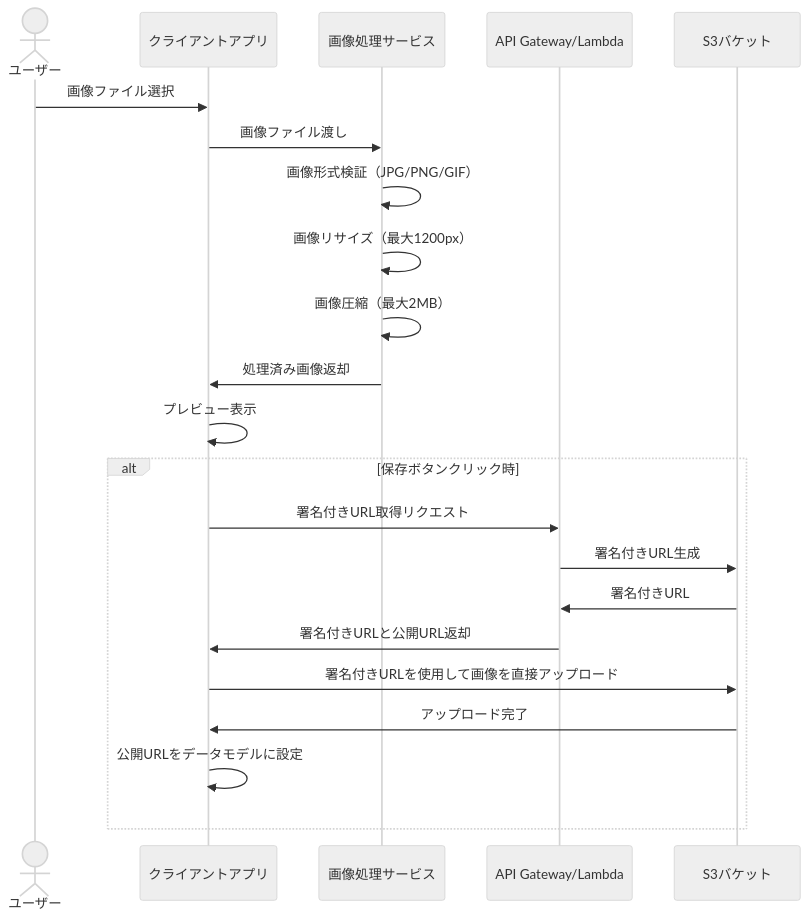
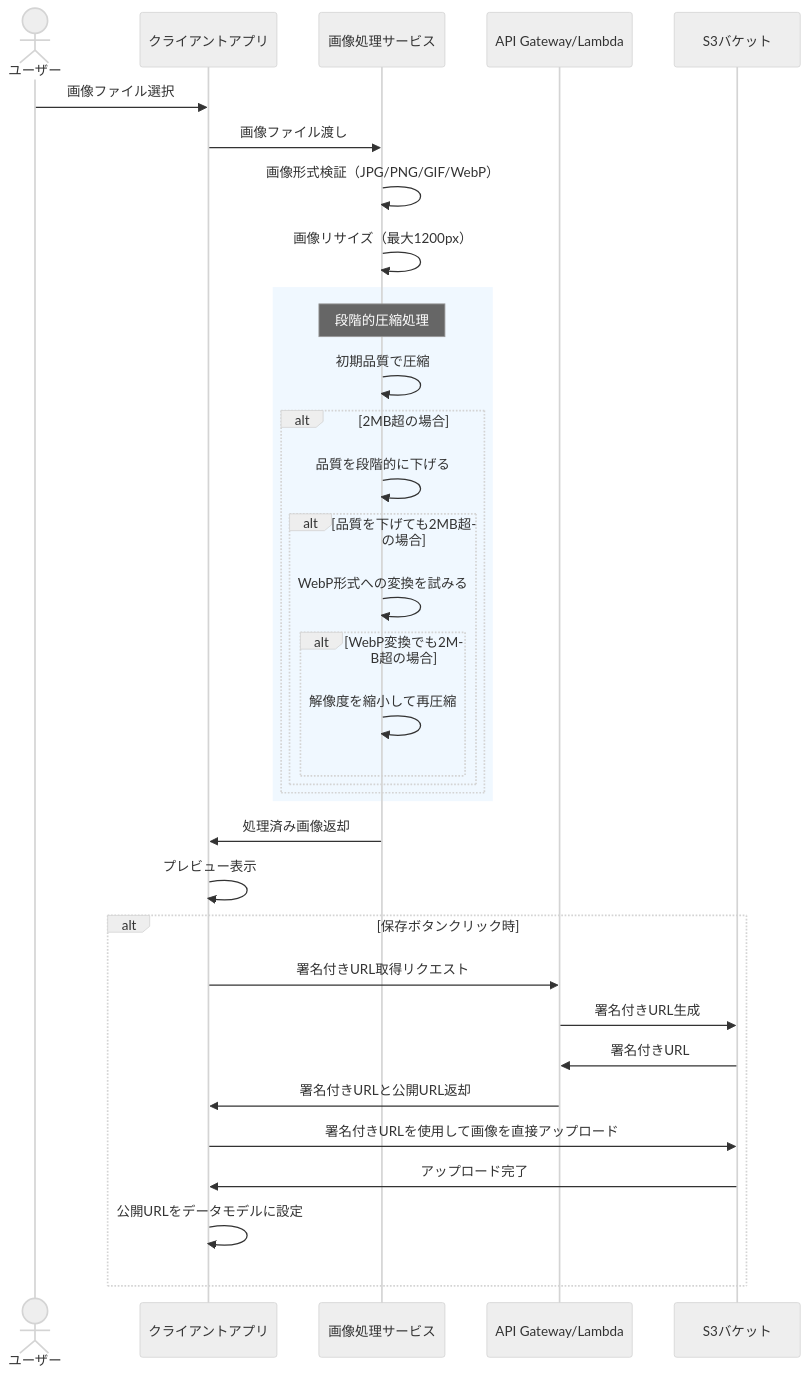
Before and after one commit to masanori-sasaki/bonsai-app: the diagram in docs/design/image-processing-flow.md, drawn with Mermaid (neutral theme). The commit also changed other lines of this file and 44 other files, not shown here.

````diff
--- a/docs/design/image-processing-flow.md
+++ b/docs/design/image-processing-flow.md
@@ -7,26 +7,43 @@
 ```mermaid
 sequenceDiagram
     actor User as ユーザー
     participant Client as クライアントアプリ
     participant ImageService as 画像処理サービス
     participant API as API Gateway/Lambda
     participant S3 as S3バケット
 
     User->>Client: 画像ファイル選択
     Client->>ImageService: 画像ファイル渡し
-    ImageService->>ImageService: 画像形式検証（JPG/PNG/GIF）
+    ImageService->>ImageService: 画像形式検証（JPG/PNG/GIF/WebP）
     ImageService->>ImageService: 画像リサイズ（最大1200px）
-    ImageService->>ImageService: 画像圧縮（最大2MB）
+    
+    rect rgb(240, 248, 255)
+        Note over ImageService: 段階的圧縮処理
+        ImageService->>ImageService: 初期品質で圧縮
+        
+        alt 2MB超の場合
+            ImageService->>ImageService: 品質を段階的に下げる
+            
+            alt 品質を下げても2MB超の場合
+                ImageService->>ImageService: WebP形式への変換を試みる
+                
+                alt WebP変換でも2MB超の場合
+                    ImageService->>ImageService: 解像度を縮小して再圧縮
+                end
+            end
+        end
+    end
+    
     ImageService->>Client: 処理済み画像返却
     Client->>Client: プレビュー表示
     
     alt 保存ボタンクリック時
         Client->>API: 署名付きURL取得リクエスト
         API->>S3: 署名付きURL生成
         S3->>API: 署名付きURL
         API->>Client: 署名付きURLと公開URL返却
         Client->>S3: 署名付きURLを使用して画像を直接アップロード
         S3->>Client: アップロード完了
         Client->>Client: 公開URLをデータモデルに設定
     end
 ```
````
